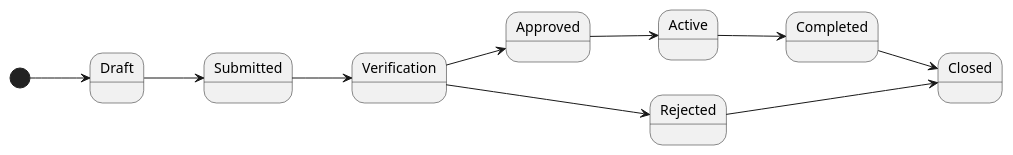
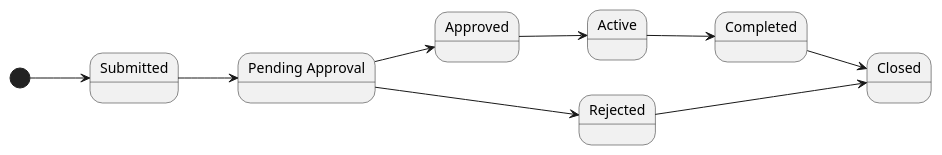
One commit to jimmytobing/virtusa changed the diagram in doc/2.6 Application Lifecycle.puml. Above: the diagram before and after it, drawn with PlantUML. The commit also changed 16 other files, not shown here.

```diff
--- a/doc/2.6 Application Lifecycle.puml
+++ b/doc/2.6 Application Lifecycle.puml
@@ -1,22 +1,22 @@
 @startuml
 left to right direction
 
-[*] --> Draft
+state "Pending Approval" as PendingApproval
 
-Draft --> Submitted
+[*] --> Submitted
 
-Submitted --> Verification
+Submitted --> PendingApproval
 
-Verification --> Approved
+PendingApproval --> Approved
 
-Verification --> Rejected
+PendingApproval --> Rejected
 
 Approved --> Active
 
 Active --> Completed
 
+Completed --> Closed
+
 Rejected --> Closed
 
-Completed --> Closed
-
 @enduml
```
